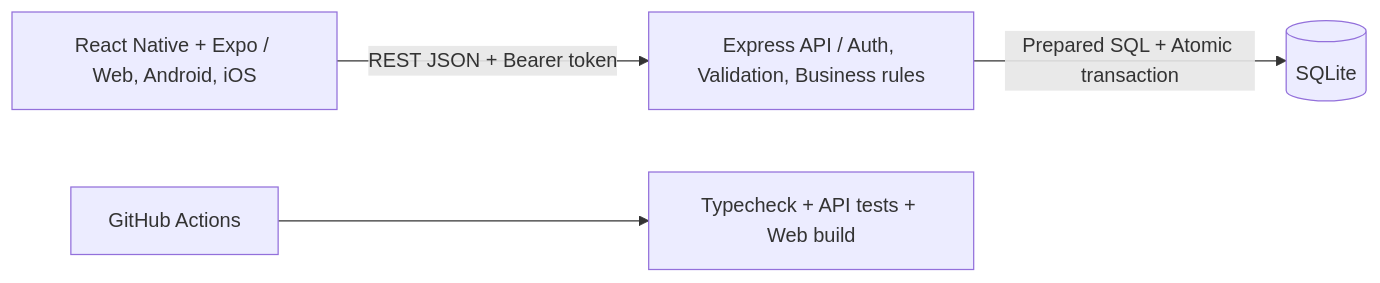
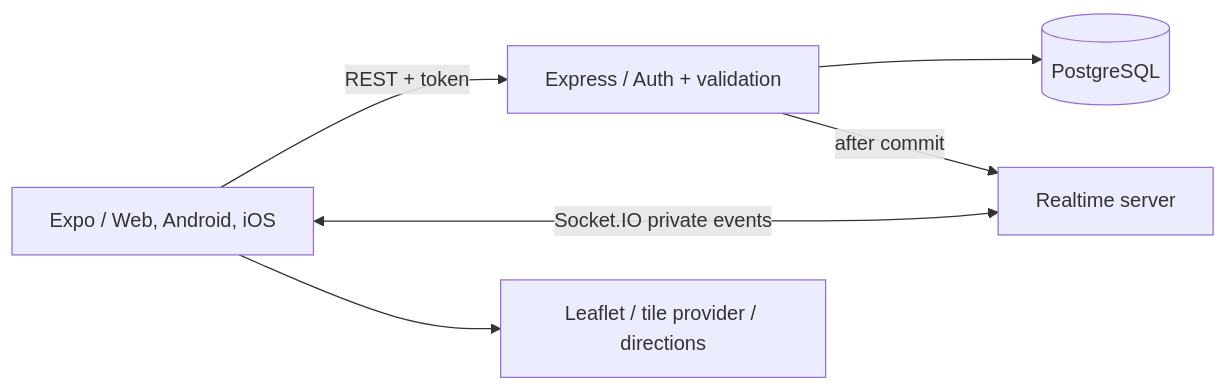
The diagram in docs/BAO_CAO_DO_AN.md (TanTai08/AppEduShare), drawn with Mermaid before and after one commit. The commit also changed other lines of this file and 49 other files, not shown here.

Commit message:
feat: PostgreSQL community app with realtime chat, points, pickup maps and support

````diff
--- a/docs/BAO_CAO_DO_AN.md
+++ b/docs/BAO_CAO_DO_AN.md
@@ -157,6 +133,8 @@
 ```mermaid
 flowchart LR
- A[React Native + Expo / Web, Android, iOS] -->|REST JSON + Bearer token| B[Express API / Auth, Validation, Business rules]
- B -->|Prepared SQL + Atomic transaction| C[(SQLite)]
- D[GitHub Actions] --> E[Typecheck + API tests + Web build]
+ A[Expo / Web, Android, iOS] -->|REST + token| B[Express / Auth + validation]
+ A <-->|Socket.IO private events| C[Realtime server]
+ B --> D[(PostgreSQL)]
+ B -->|after commit| C
+ A --> E[Leaflet / tile provider / directions]
 ```
````
